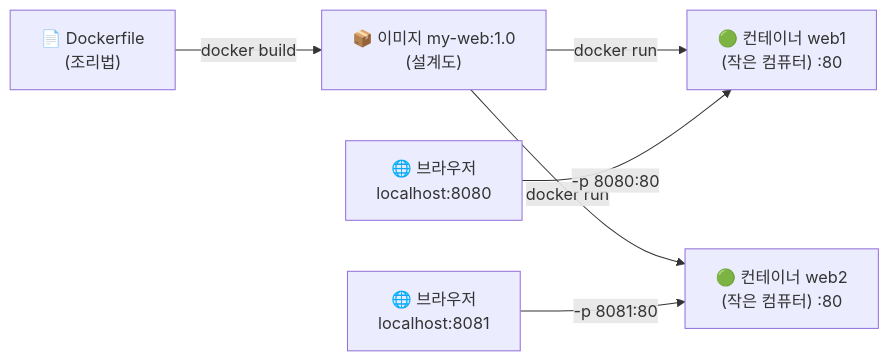
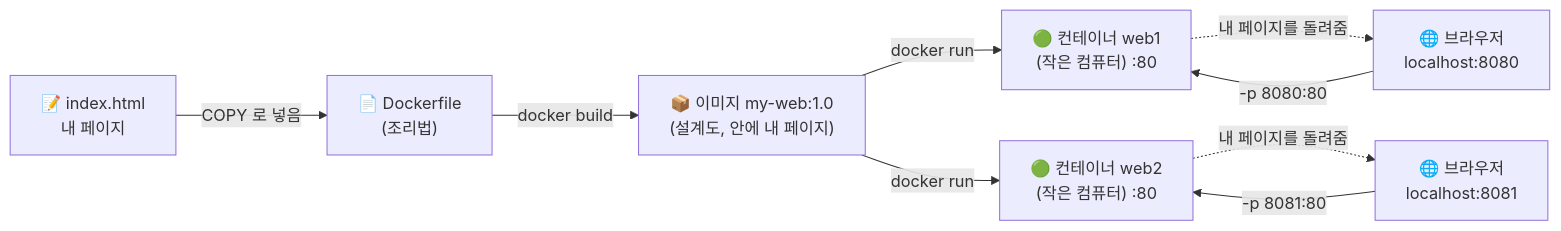
One commit to 011cyon-dot/ia-codyssey changed the diagram in README.md. Above: the diagram before and after it, drawn with Mermaid. The commit also changed other lines of this file, not shown here.

Commit message:
E1-1: 흐름 그림에 index.html → 브라우저 연결 추가

````diff
--- a/README.md
+++ b/README.md
@@ -38,8 +38,11 @@
 ```mermaid
 flowchart LR
-    A["📄 Dockerfile<br/>(조리법)"] -->|docker build| B["📦 이미지 my-web:1.0<br/>(설계도)"]
+    H["📝 index.html<br/>내 페이지"] -->|"COPY 로 넣음"| A["📄 Dockerfile<br/>(조리법)"]
+    A -->|docker build| B["📦 이미지 my-web:1.0<br/>(설계도, 안에 내 페이지)"]
     B -->|docker run| C["🟢 컨테이너 web1<br/>(작은 컴퓨터) :80"]
     B -->|docker run| D["🟢 컨테이너 web2<br/>(작은 컴퓨터) :80"]
     E["🌐 브라우저<br/>localhost:8080"] -->|"-p 8080:80"| C
     F["🌐 브라우저<br/>localhost:8081"] -->|"-p 8081:80"| D
+    C -.->|"내 페이지를 돌려줌"| E
+    D -.->|"내 페이지를 돌려줌"| F
 ```
````
